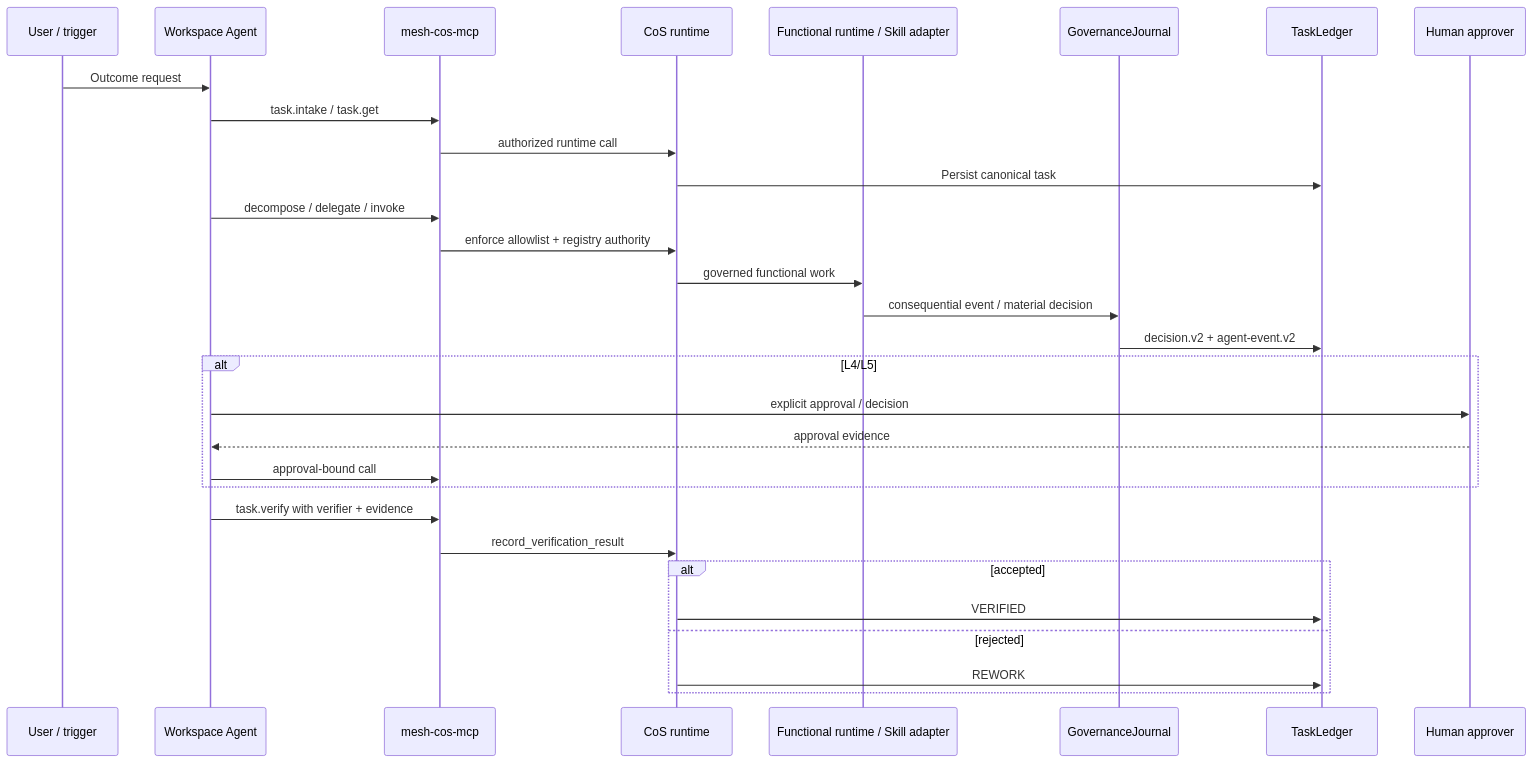
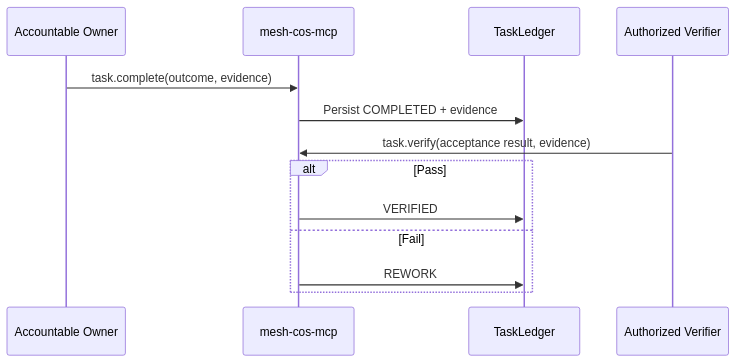
The fourth of 5 diagrams in docs/architecture.md (mkleinbe/mesh-ai-agent-cos-universe), drawn with Mermaid before and after one commit. The commit also changed other lines of this file, not shown here.

Commit message:
docs: align architecture with v1.0.0 serialized production runtime

````diff
--- a/docs/architecture.md
+++ b/docs/architecture.md
@@ -96,33 +132,16 @@
 ```mermaid
 sequenceDiagram
-    participant U as User / trigger
-    participant W as Workspace Agent
+    participant O as Accountable Owner
     participant M as mesh-cos-mcp
-    participant C as CoS runtime
-    participant F as Functional runtime / Skill adapter
-    participant G as GovernanceJournal
     participant L as TaskLedger
-    participant H as Human approver
+    participant V as Authorized Verifier
 
-    U->>W: Outcome request
-    W->>M: task.intake / task.get
-    M->>C: authorized runtime call
-    C->>L: Persist canonical task
-    W->>M: decompose / delegate / invoke
-    M->>C: enforce allowlist + registry authority
-    C->>F: governed functional work
-    F->>G: consequential event / material decision
-    G->>L: decision.v2 + agent-event.v2
-    alt L4/L5
-      W->>H: explicit approval / decision
-      H-->>W: approval evidence
-      W->>M: approval-bound call
-    end
-    W->>M: task.verify with verifier + evidence
-    M->>C: record_verification_result
-    alt accepted
-      C->>L: VERIFIED
-    else rejected
-      C->>L: REWORK
+    O->>M: task.complete(outcome, evidence)
+    M->>L: Persist COMPLETED + evidence
+    V->>M: task.verify(acceptance result, evidence)
+    alt Pass
+      M->>L: VERIFIED
+    else Fail
+      M->>L: REWORK
     end
 ```
````
